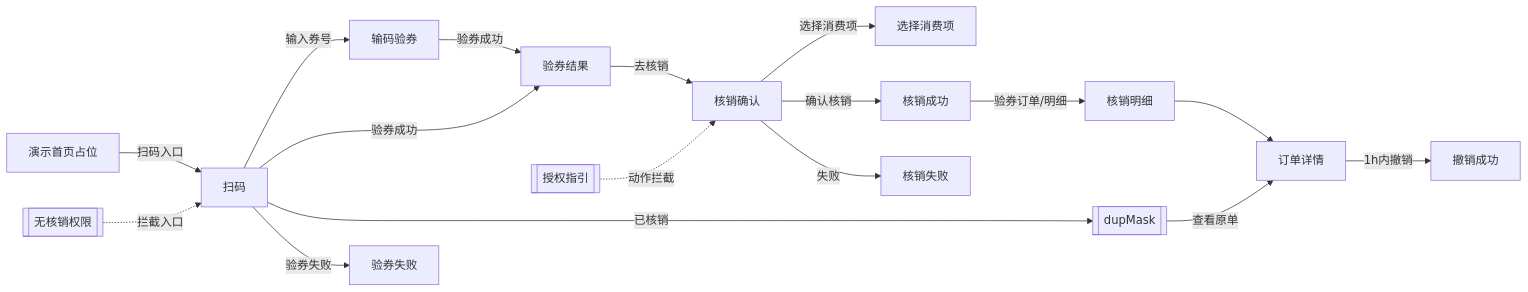
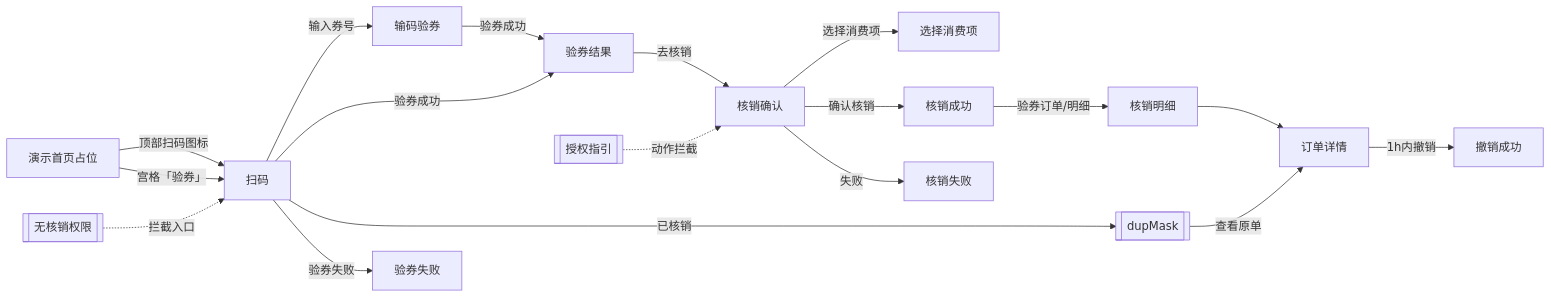
One commit to XDean-Designer/tiktok changed the diagram in PRD-抖音团购核销.md. Above: the diagram before and after it, drawn with Mermaid. The commit also changed other lines of this file and 3 other files, not shown here.

````diff
--- a/PRD-抖音团购核销.md
+++ b/PRD-抖音团购核销.md
@@ -189,19 +190,20 @@
 ```mermaid
 flowchart LR
-  HOME[演示首页占位] -->|扫码入口| SCAN[扫码]
+  HOME[演示首页占位] -->|顶部扫码图标| SCAN[扫码]
+  HOME -->|宫格「验券」| SCAN
   SCAN -->|输入券号| INPUT[输码验券]
   SCAN -->|验券成功| RESULT[验券结果]
   INPUT -->|验券成功| RESULT
   RESULT -->|去核销| CONFIRM[核销确认]
   CONFIRM -->|选择消费项| MATCH[选择消费项]
   CONFIRM -->|确认核销| SUCCESS[核销成功]
   CONFIRM -->|失败| FAIL[核销失败]
   SCAN -->|已核销| DUP[[dupMask]]
   DUP -->|查看原单| DETAIL[订单详情]
   SCAN -->|验券失败| VF[验券失败]
   SUCCESS -->|验券订单/明细| ORDERS[核销明细]
   ORDERS --> DETAIL
   DETAIL -->|1h内撤销| ROK[撤销成功]
   NOP[[无核销权限]] -.拦截入口.-> SCAN
   AUTH[[授权指引]] -.动作拦截.-> CONFIRM
 ```
````
